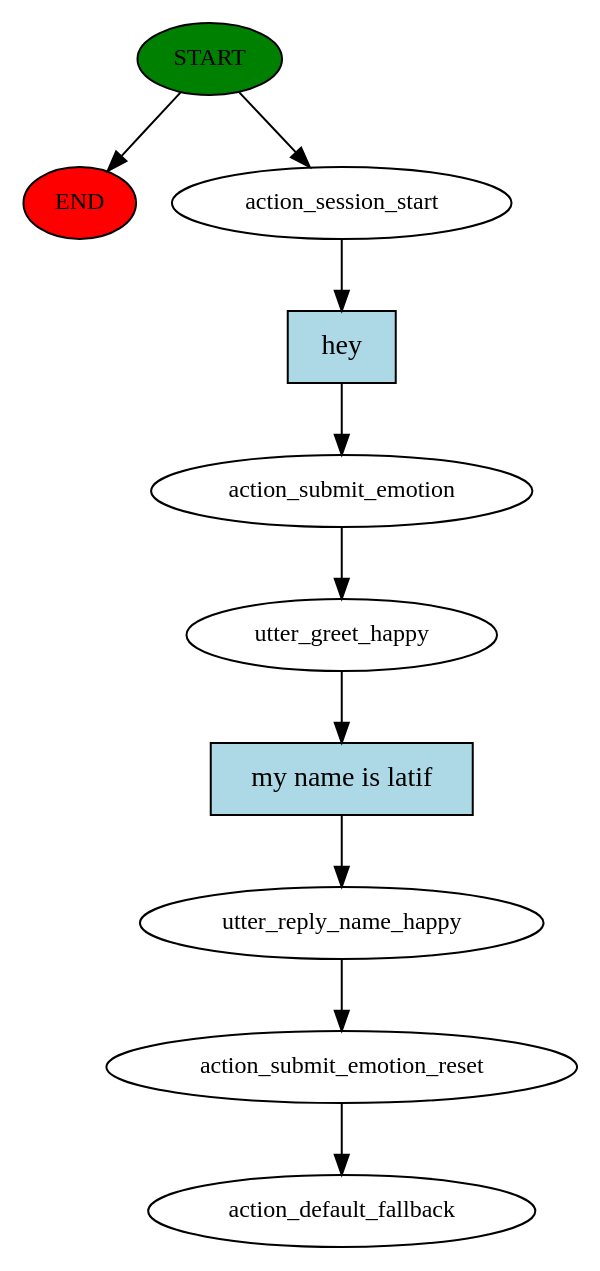
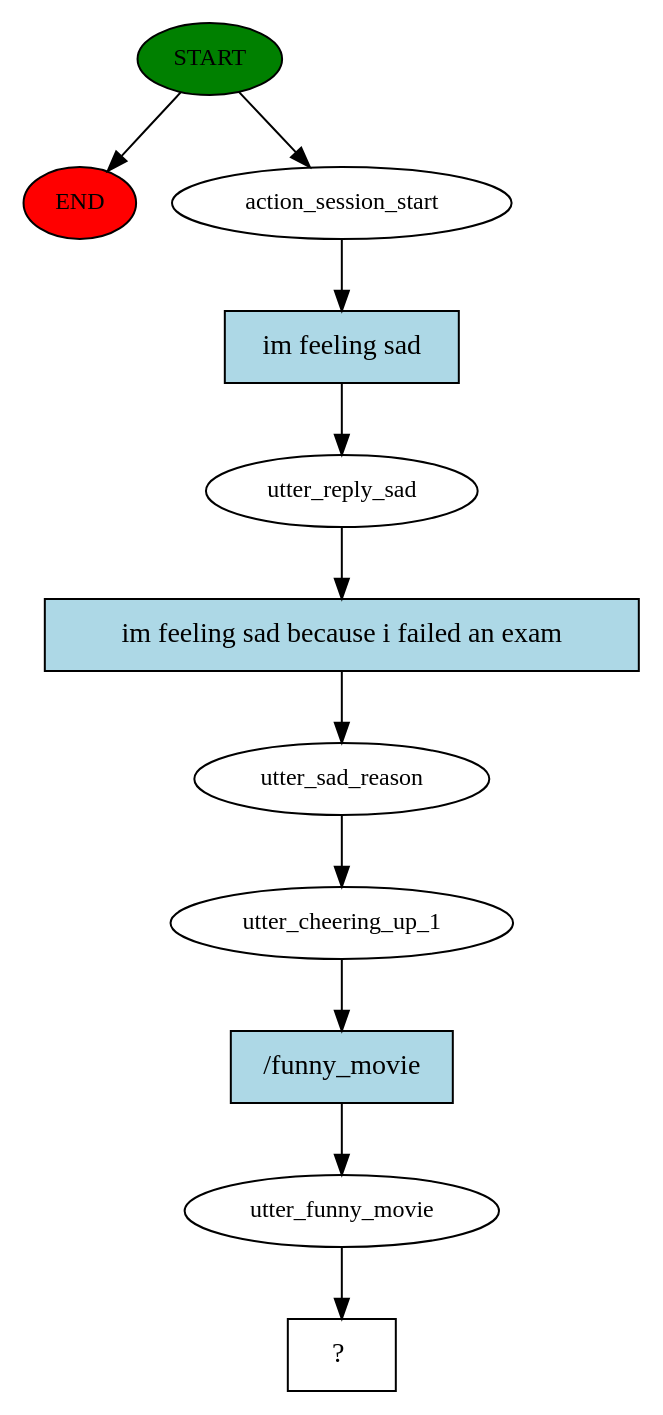
Before and after one commit to latifyahia/EmotionAIChatbot: the diagram in rasa/story_graph.dot, drawn with Graphviz. The commit also changed 35 other files, not shown here.

```diff
--- a/rasa/story_graph.dot
+++ b/rasa/story_graph.dot
@@ -1,21 +1,23 @@
 digraph  {
 0 [class="start active", fillcolor=green, fontsize=12, label=START, style=filled];
 "-1" [class=end, fillcolor=red, fontsize=12, label=END, style=filled];
 1 [class=active, fontsize=12, label=action_session_start];
-2 [class=active, fontsize=12, label=action_submit_emotion];
-3 [class=active, fontsize=12, label=utter_greet_happy];
-4 [class=active, fontsize=12, label=utter_reply_name_happy];
-5 [class=active, fontsize=12, label=action_submit_emotion_reset];
-6 [class="dashed active", fontsize=12, label=action_default_fallback];
-7 [class="intent active", fillcolor=lightblue, label=hey, shape=rect, style=filled];
-8 [class="intent active", fillcolor=lightblue, label="my name is latif", shape=rect, style=filled];
+2 [class=active, fontsize=12, label=utter_reply_sad];
+3 [class=active, fontsize=12, label=utter_sad_reason];
+4 [class=active, fontsize=12, label=utter_cheering_up_1];
+5 [class=active, fontsize=12, label=utter_funny_movie];
+6 [class="intent dashed active", label="  ?  ", shape=rect];
+7 [class="intent active", fillcolor=lightblue, label="im feeling sad", shape=rect, style=filled];
+8 [class="intent active", fillcolor=lightblue, label="im feeling sad because i failed an exam", shape=rect, style=filled];
+9 [class="intent active", fillcolor=lightblue, label="/funny_movie", shape=rect, style=filled];
 0 -> "-1"  [class="", key=NONE, label=""];
 0 -> 1  [class=active, key=NONE, label=""];
 1 -> 7  [class=active, key=0];
-2 -> 3  [class=active, key=NONE, label=""];
-3 -> 8  [class=active, key=0];
-4 -> 5  [class=active, key=NONE, label=""];
+2 -> 8  [class=active, key=0];
+3 -> 4  [class=active, key=NONE, label=""];
+4 -> 9  [class=active, key=0];
 5 -> 6  [class=active, key=NONE, label=""];
 7 -> 2  [class=active, key=0];
-8 -> 4  [class=active, key=0];
+8 -> 3  [class=active, key=0];
+9 -> 5  [class=active, key=0];
 }
```
